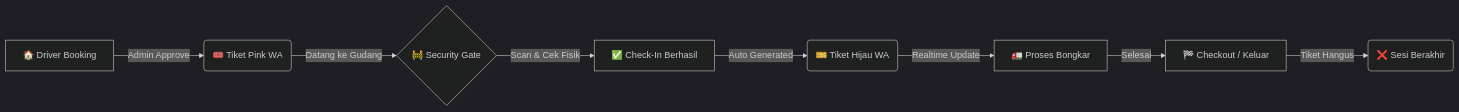
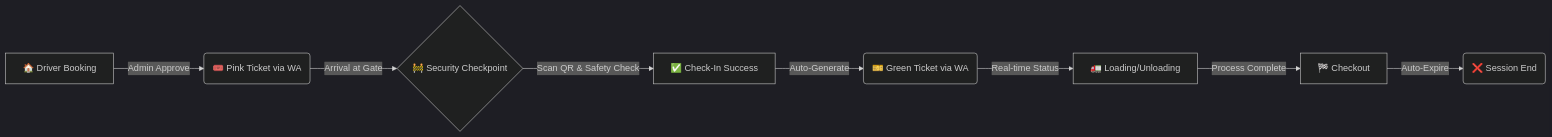
Before and after one commit to Andrna09/B2B-CHECK-IN-V2: the diagram in README.md, drawn with Mermaid (dark theme). The commit also changed other lines of this file, not shown here.

````diff
--- a/README.md
+++ b/README.md
@@ -61,11 +125,10 @@
 ```mermaid
 graph LR
-    A[🏠 Driver Booking] -->|Admin Approve| B(🎟️ Tiket Pink WA)
-    B -->|Datang ke Gudang| C{🚧 Security Gate}
-    C -->|Scan & Cek Fisik| D[✅ Check-In Berhasil]
-    D -->|Auto Generated| E(🎫 Tiket Hijau WA)
-    E -->|Realtime Update| F[🚛 Proses Bongkar]
-    F -->|Selesai| G[🏁 Checkout / Keluar]
-    G -->|Tiket Hangus| H(❌ Sesi Berakhir)
-
+    A[🏠 Driver Booking] -->|Admin Approve| B(🎟️ Pink Ticket via WA)
+    B -->|Arrival at Gate| C{🚧 Security Checkpoint}
+    C -->|Scan QR & Safety Check| D[✅ Check-In Success]
+    D -->|Auto-Generate| E(🎫 Green Ticket via WA)
+    E -->|Real-time Status| F[🚛 Loading/Unloading]
+    F -->|Process Complete| G[🏁 Checkout]
+    G -->|Auto-Expire| H(❌ Session End)
 ```
````
